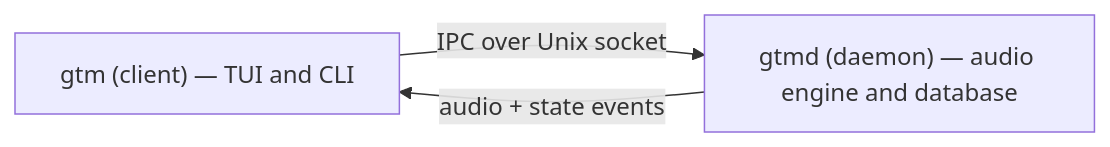
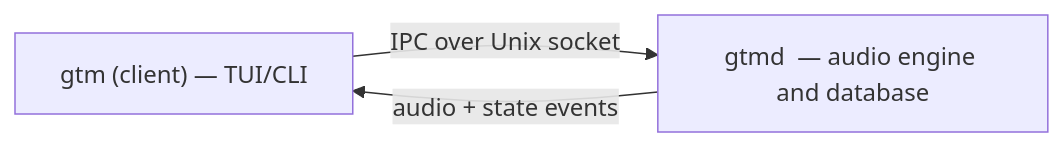
Before and after one commit to prjctimg/gtm.docs: the diagram in content/overview.mdx, drawn with Mermaid. The commit also changed other lines of this file, not shown here.

````diff
--- a/content/overview.mdx
+++ b/content/overview.mdx
@@ -14,7 +17,7 @@
 ```mermaid
 graph LR
-    Client["gtm (client) — TUI and CLI"]
-    Daemon["gtmd (daemon) — audio engine and database"]
+    Client["gtm (client) — TUI/CLI"]
+    Daemon["gtmd  — audio engine and database"]
     Client -->|IPC over Unix socket| Daemon
     Daemon -->|audio + state events| Client
 ```
````
